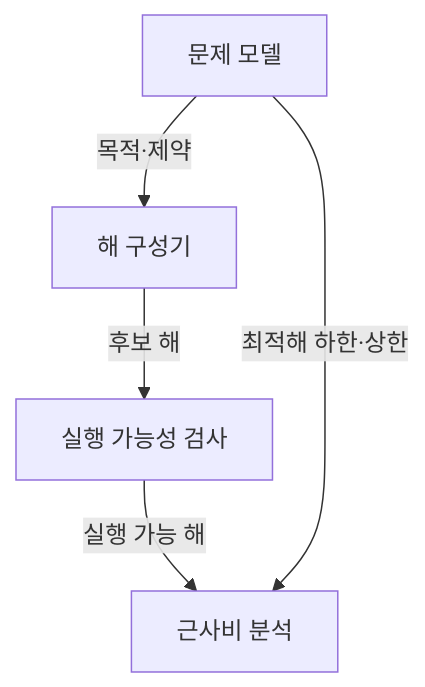
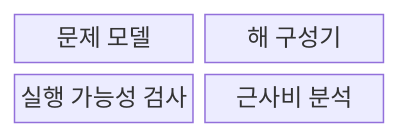
Before and after one commit to agnusdei1207/knowledge-base: the first of 2 diagrams in src/content/docs/notes/01-basic-theory/060_approximation_algo.md, drawn with Mermaid. The commit also changed other lines of this file and 20 other files, not shown here.

````diff
--- a/src/content/docs/notes/01-basic-theory/060_approximation_algo.md
+++ b/src/content/docs/notes/01-basic-theory/060_approximation_algo.md
@@ -63,7 +61,8 @@
 ```mermaid
-flowchart TB
-    M["문제 모델"] -->|"목적·제약"| C["해 구성기"]
-    C -->|"후보 해"| V["실행 가능성 검사"]
-    V -->|"실행 가능 해"| B["근사비 분석"]
-    M -->|"최적해 하한·상한"| B
+block
+    columns 2
+    M["문제 모델"]
+    C["해 구성기"]
+    V["실행 가능성 검사"]
+    B["근사비 분석"]
 ```
````
